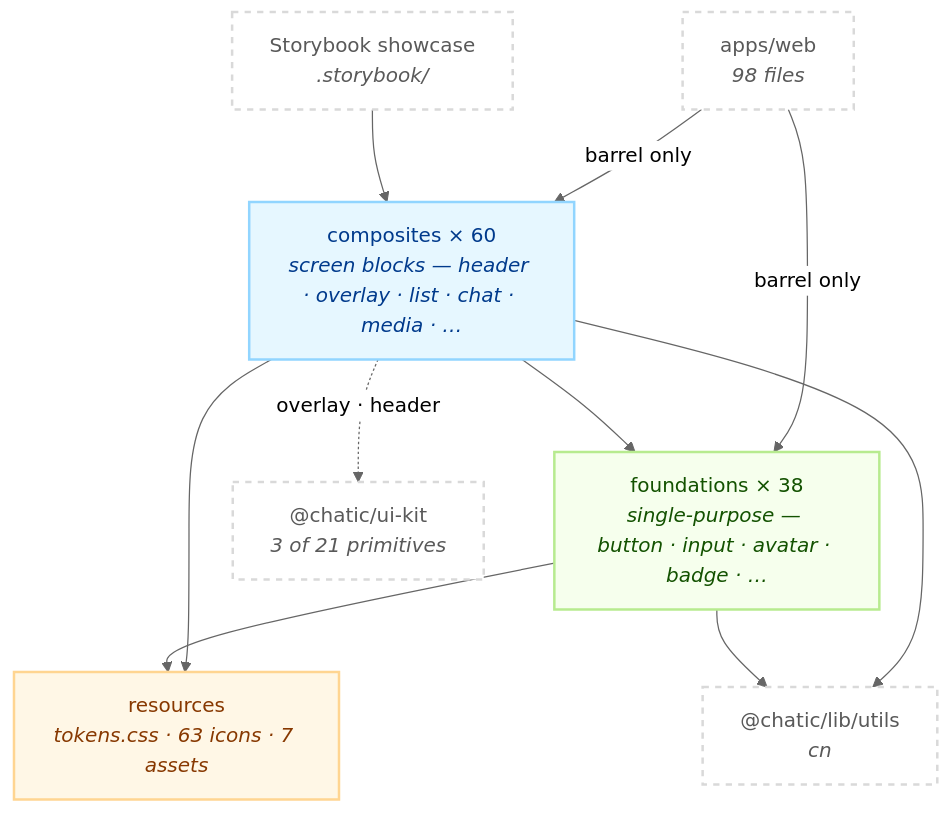
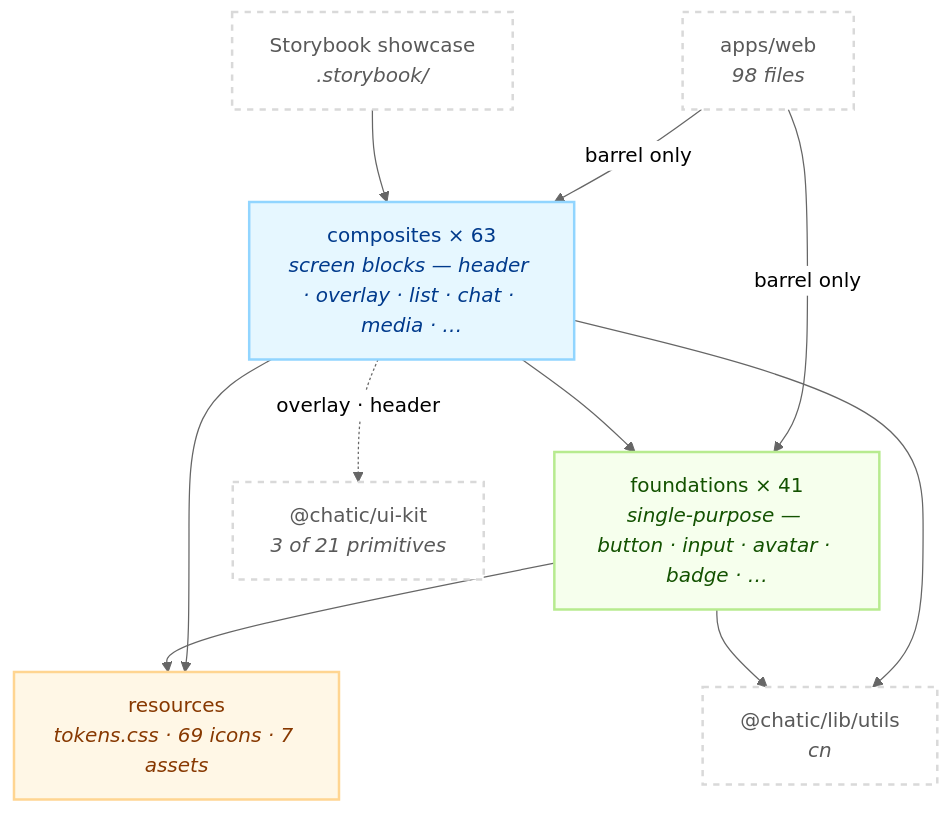
One commit to lemoncloud-io/dou-app changed the first of 2 diagrams in libs/web-ui-kit/README.md. Above: the diagram before and after it, drawn with Mermaid (neutral theme). The commit also changed other lines of this file and 41 other files, not shown here.

````diff
--- a/libs/web-ui-kit/README.md
+++ b/libs/web-ui-kit/README.md
@@ -116,27 +116,27 @@
 ```mermaid
 flowchart TD
     classDef comp fill:#e6f7ff,stroke:#91d5ff,stroke-width:2px,color:#003a8c;
     classDef found fill:#f6ffed,stroke:#b7eb8f,stroke-width:2px,color:#135200;
     classDef res fill:#fff7e6,stroke:#ffd591,stroke-width:2px,color:#873800;
     classDef ext fill:#ffffff,stroke:#d9d9d9,stroke-width:2px,color:#595959,stroke-dasharray: 5 5;
 
     App["apps/web<br/><i>98 files</i>"]:::ext
     SB["Storybook showcase<br/><i>.storybook/</i>"]:::ext
 
-    C["composites × 60<br/><i>screen blocks — header · overlay · list · chat · media · …</i>"]:::comp
-    F["foundations × 38<br/><i>single-purpose — button · input · avatar · badge · …</i>"]:::found
-    R["resources<br/><i>tokens.css · 63 icons · 7 assets</i>"]:::res
+    C["composites × 63<br/><i>screen blocks — header · overlay · list · chat · media · …</i>"]:::comp
+    F["foundations × 41<br/><i>single-purpose — button · input · avatar · badge · …</i>"]:::found
+    R["resources<br/><i>tokens.css · 69 icons · 7 assets</i>"]:::res
 
     UK["@chatic/ui-kit<br/><i>3 of 21 primitives</i>"]:::ext
     CN["@chatic/lib/utils<br/><i>cn</i>"]:::ext
 
     App -->|"barrel only"| C
     App -->|"barrel only"| F
     SB --> C
     C --> F
     C --> R
     F --> R
     C -.->|"overlay · header"| UK
     C --> CN
     F --> CN
 ```
````
